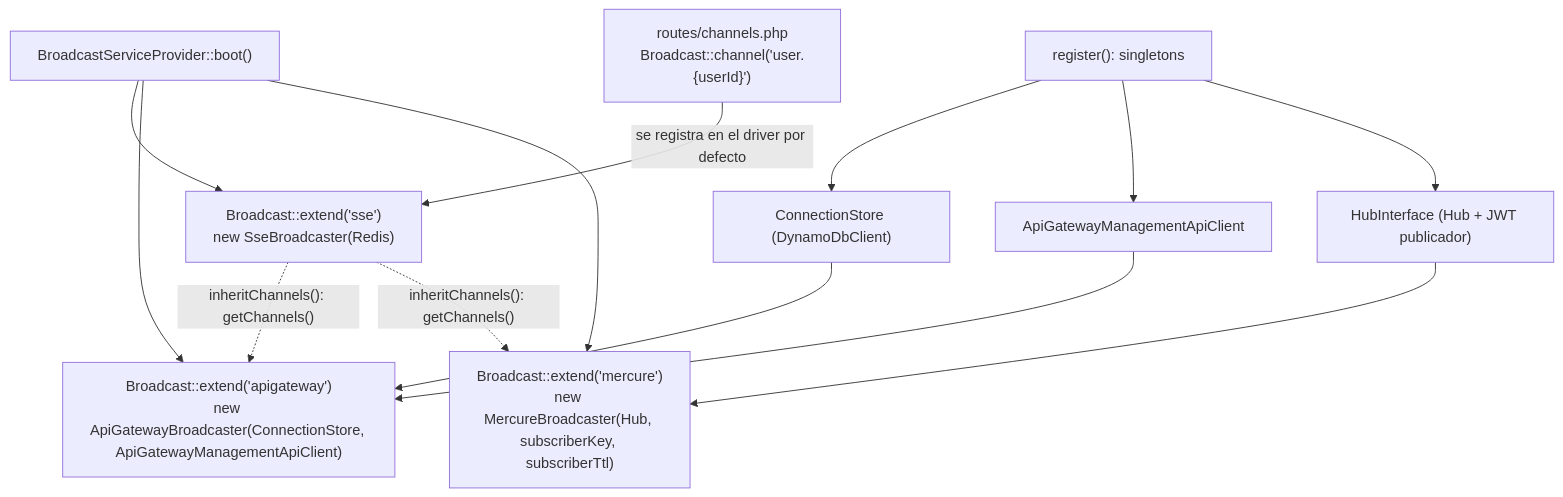
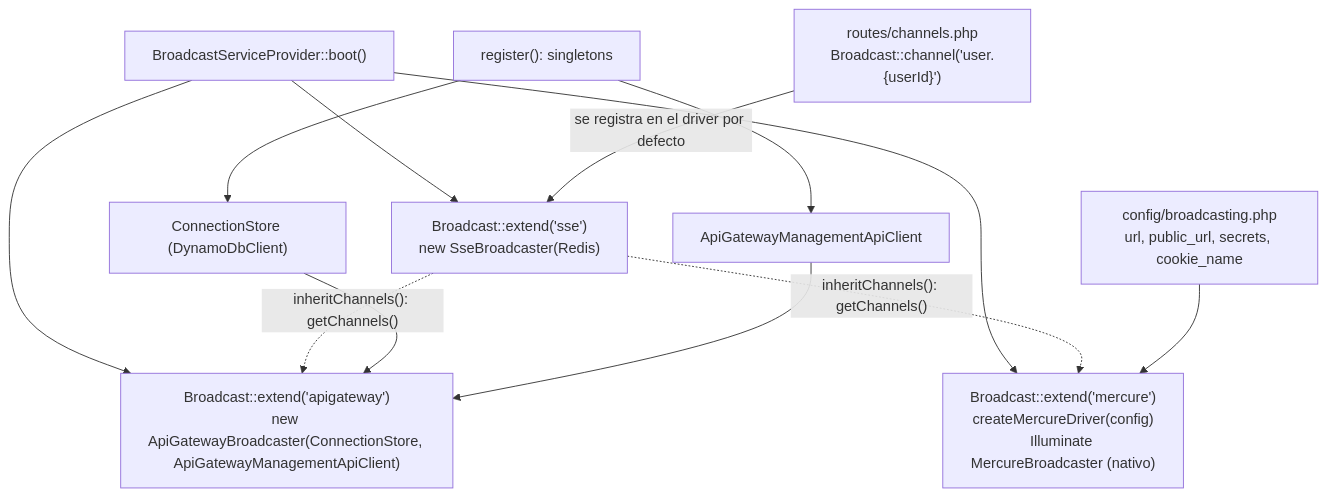
Before and after one commit to S3ergio31/eventsource: the first of 2 diagrams in docs/README.md, drawn with Mermaid. The commit also changed other lines of this file and 23 other files, not shown here.

````diff
--- a/docs/README.md
+++ b/docs/README.md
@@ -27,18 +30,17 @@
 ```mermaid
 flowchart TD
     BOOT["BroadcastServiceProvider::boot()"]
     BOOT --> E1["Broadcast::extend('sse')<br/>new SseBroadcaster(Redis)"]
     BOOT --> E2["Broadcast::extend('apigateway')<br/>new ApiGatewayBroadcaster(ConnectionStore, ApiGatewayManagementApiClient)"]
-    BOOT --> E3["Broadcast::extend('mercure')<br/>new MercureBroadcaster(Hub, subscriberKey, subscriberTtl)"]
+    BOOT --> E3["Broadcast::extend('mercure')<br/>createMercureDriver(config)<br/>Illuminate MercureBroadcaster (nativo)"]
 
     CH["routes/channels.php<br/>Broadcast::channel('user.{userId}')"] -->|"se registra en el driver por defecto"| E1
     E1 -. "inheritChannels(): getChannels()" .-> E2
     E1 -. "inheritChannels(): getChannels()" .-> E3
 
     REG["register(): singletons"] --> S1["ConnectionStore (DynamoDbClient)"]
     REG --> S2["ApiGatewayManagementApiClient"]
-    REG --> S3["HubInterface (Hub + JWT publicador)"]
     S1 --> E2
     S2 --> E2
-    S3 --> E3
+    CFG["config/broadcasting.php<br/>url, public_url, secrets, cookie_name"] --> E3
 ```
````
